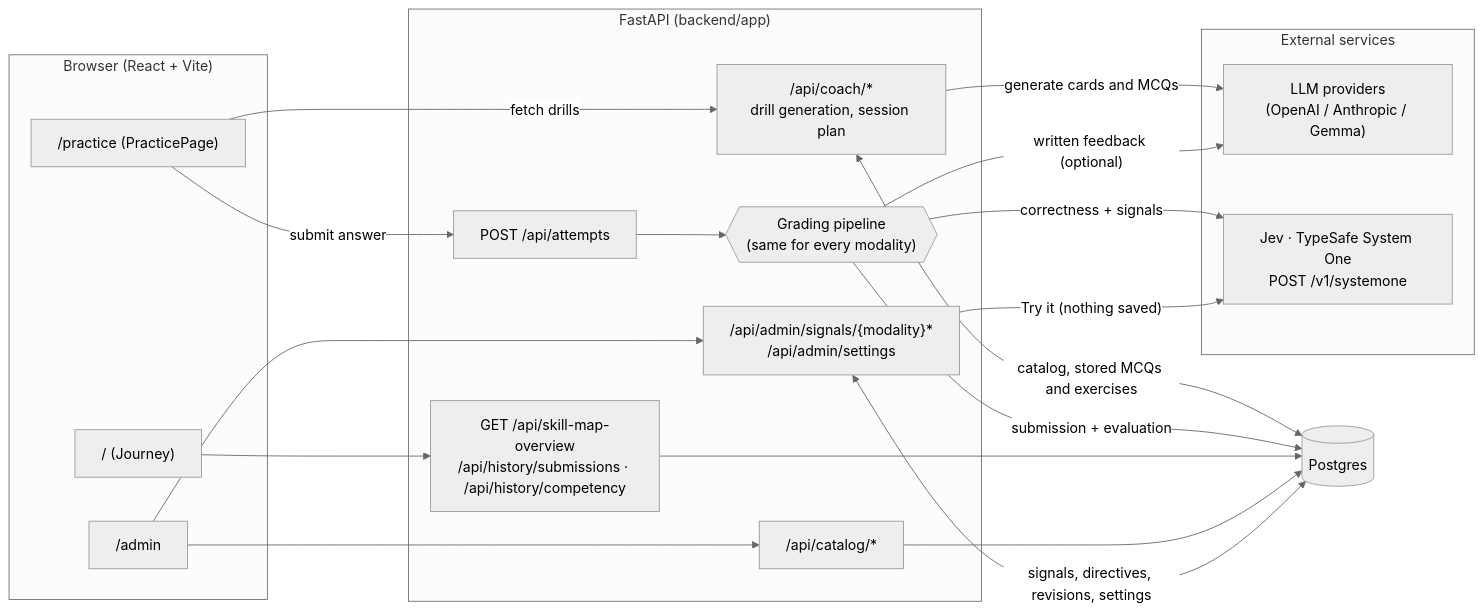
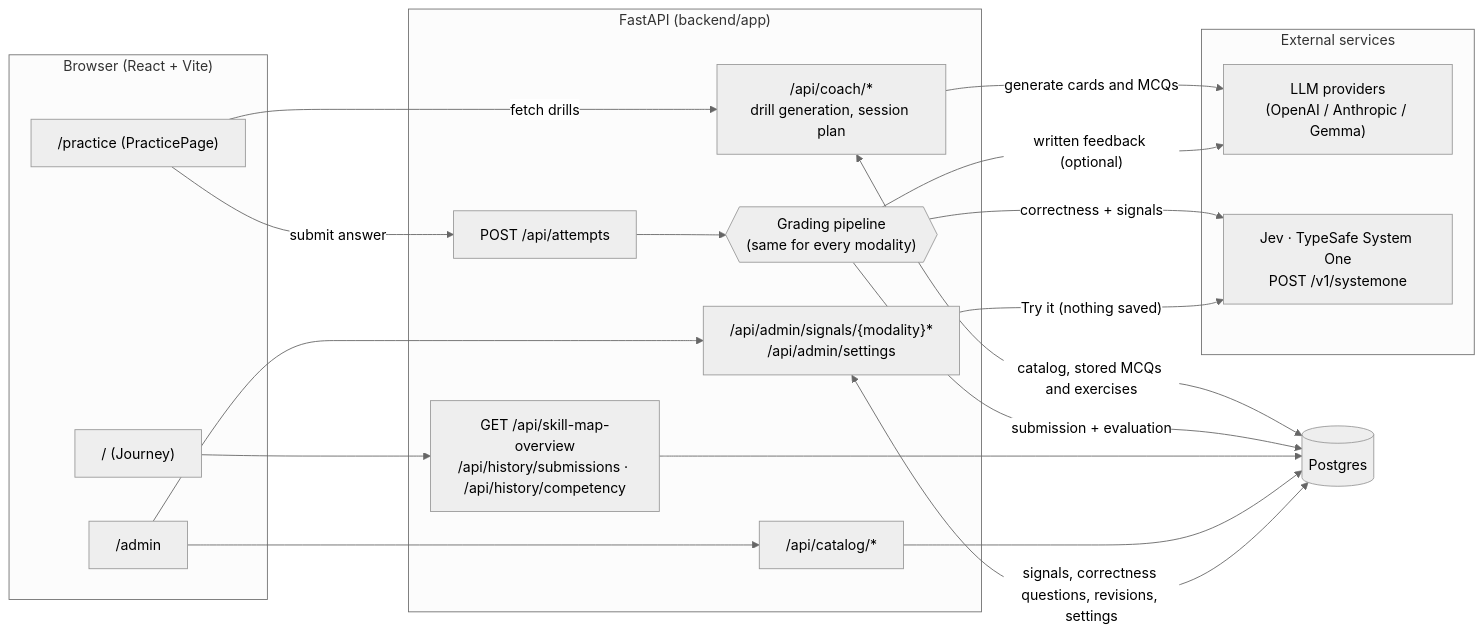
Before and after one commit to maxmarzolf/system1: the first of 5 diagrams in docs/data-flow.md, drawn with Mermaid (neutral theme). The commit also changed other lines of this file and 27 other files, not shown here.

````diff
--- a/docs/data-flow.md
+++ b/docs/data-flow.md
@@ -7,41 +7,41 @@
 ```mermaid
 flowchart LR
   subgraph Browser["Browser (React + Vite)"]
     Practice["/practice (PracticePage)"]
     Journey["/ (Journey)"]
     Admin["/admin"]
   end
 
   subgraph API["FastAPI (backend/app)"]
     Coach["/api/coach/*<br/>drill generation, session plan"]
     Attempts["POST /api/attempts"]
     Reads["GET /api/skill-map-overview<br/>/api/history/submissions · /api/history/competency"]
     Catalog["/api/catalog/*"]
     AdminAPI["/api/admin/signals/{modality}*<br/>/api/admin/settings"]
     Pipeline{{"Grading pipeline<br/>(same for every modality)"}}
   end
 
   subgraph External["External services"]
     LLM["LLM providers<br/>(OpenAI / Anthropic / Gemma)"]
     Jev["Jev · TypeSafe System One<br/>POST /v1/systemone"]
   end
 
   DB[("Postgres")]
 
   Practice -->|"fetch drills"| Coach
   Coach -->|"generate cards and MCQs"| LLM
   Coach <-->|"catalog, stored MCQs and exercises"| DB
   Practice -->|"submit answer"| Attempts
   Attempts --> Pipeline
   Pipeline -->|"correctness + signals"| Jev
   Pipeline -->|"written feedback (optional)"| LLM
   Pipeline -->|"submission + evaluation"| DB
 
   Journey --> Reads
   Reads --> DB
   Admin --> Catalog
   Catalog --> DB
   Admin --> AdminAPI
-  AdminAPI <-->|"signals, directives, revisions, settings"| DB
+  AdminAPI <-->|"signals, correctness questions, revisions, settings"| DB
   AdminAPI -->|"Try it (nothing saved)"| Jev
 ```
````
